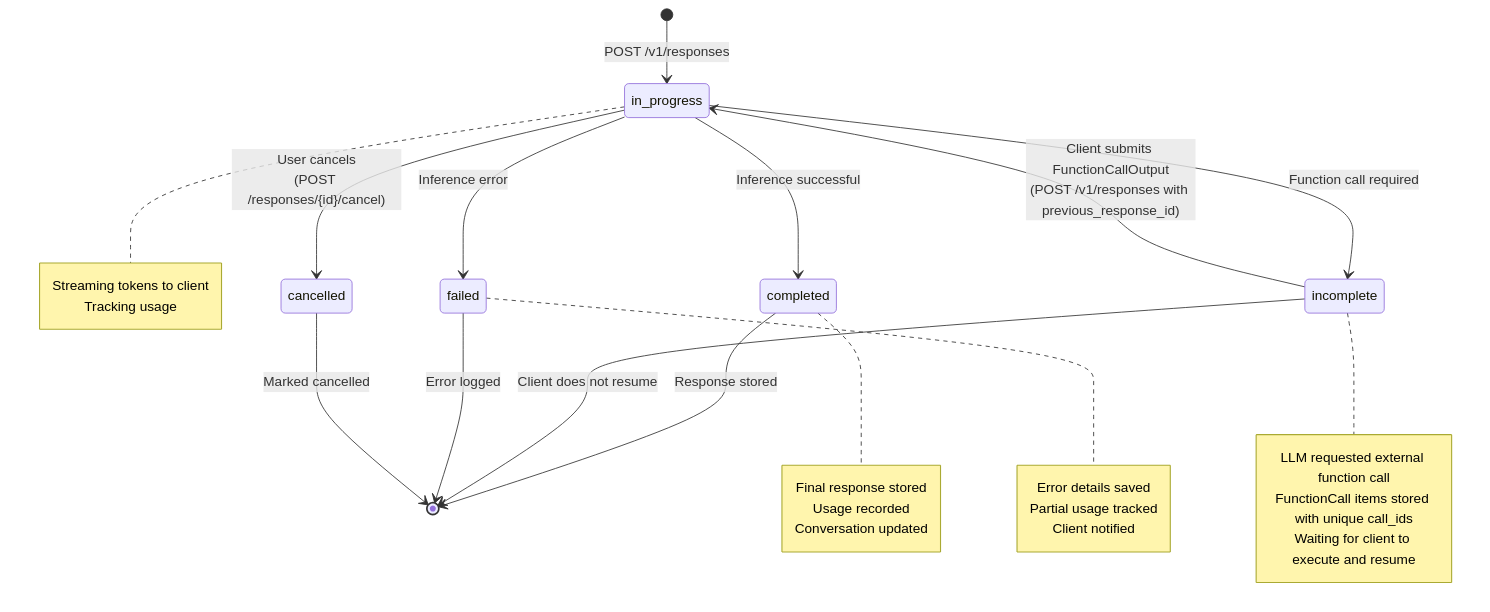
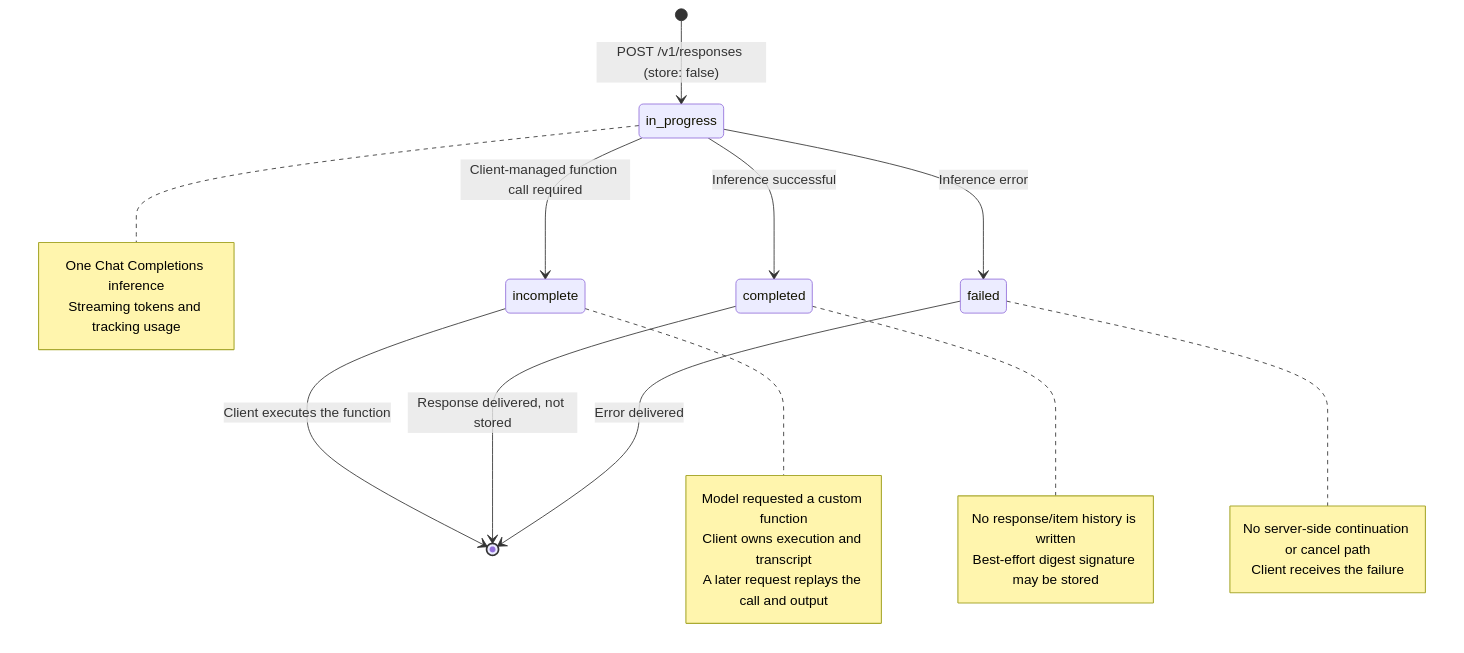
One commit to nearai/cloud-api changed diagram 12 of 16 in docs/architecture/c4-diagrams.md. Above: the diagram before and after it, drawn with Mermaid. The commit also changed other lines of this file, not shown here.

Commit message:
docs(api): align Stage I architecture diagrams

````diff
--- a/docs/architecture/c4-diagrams.md
+++ b/docs/architecture/c4-diagrams.md
@@ -784,39 +770,34 @@
 ```mermaid
 stateDiagram-v2
-    [*] --> in_progress: POST /v1/responses
+    [*] --> in_progress: POST /v1/responses (store: false)
 
     in_progress --> completed: Inference successful
-    in_progress --> incomplete: Function call required
+    in_progress --> incomplete: Client-managed function call required
     in_progress --> failed: Inference error
-    in_progress --> cancelled: User cancels<br/>(POST /responses/{id}/cancel)
 
-    incomplete --> in_progress: Client submits FunctionCallOutput<br/>(POST /v1/responses with previous_response_id)
+    incomplete --> [*]: Client executes the function
 
-    completed --> [*]: Response stored
-    incomplete --> [*]: Client does not resume
-    failed --> [*]: Error logged
-    cancelled --> [*]: Marked cancelled
+    completed --> [*]: Response delivered, not stored
+    failed --> [*]: Error delivered
 
     note right of in_progress
-        Streaming tokens to client
-        Tracking usage
+        One Chat Completions inference
+        Streaming tokens and tracking usage
     end note
 
     note right of incomplete
-        LLM requested external function call
-        FunctionCall items stored with unique call_ids
-        Waiting for client to execute and resume
+        Model requested a custom function
+        Client owns execution and transcript
+        A later request replays the call and output
     end note
 
     note right of completed
-        Final response stored
-        Usage recorded
-        Conversation updated
+        No response/item history is written
+        Best-effort digest signature may be stored
     end note
 
     note right of failed
-        Error details saved
-        Partial usage tracked
-        Client notified
+        No server-side continuation or cancel path
+        Client receives the failure
     end note
 ```
````
